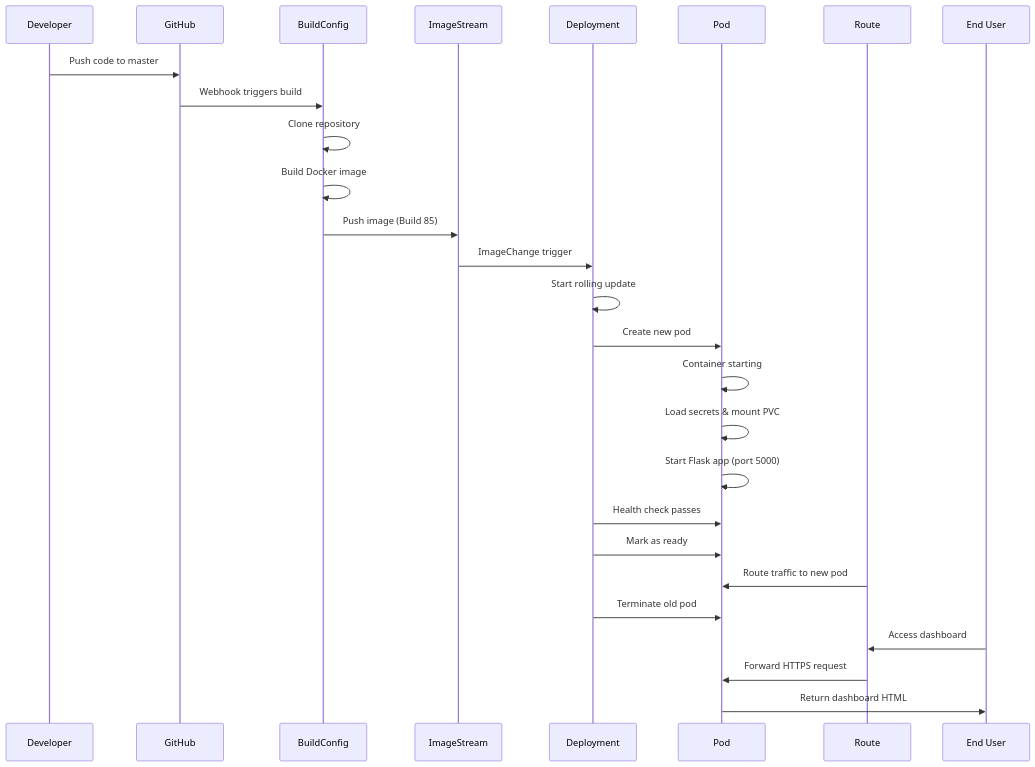
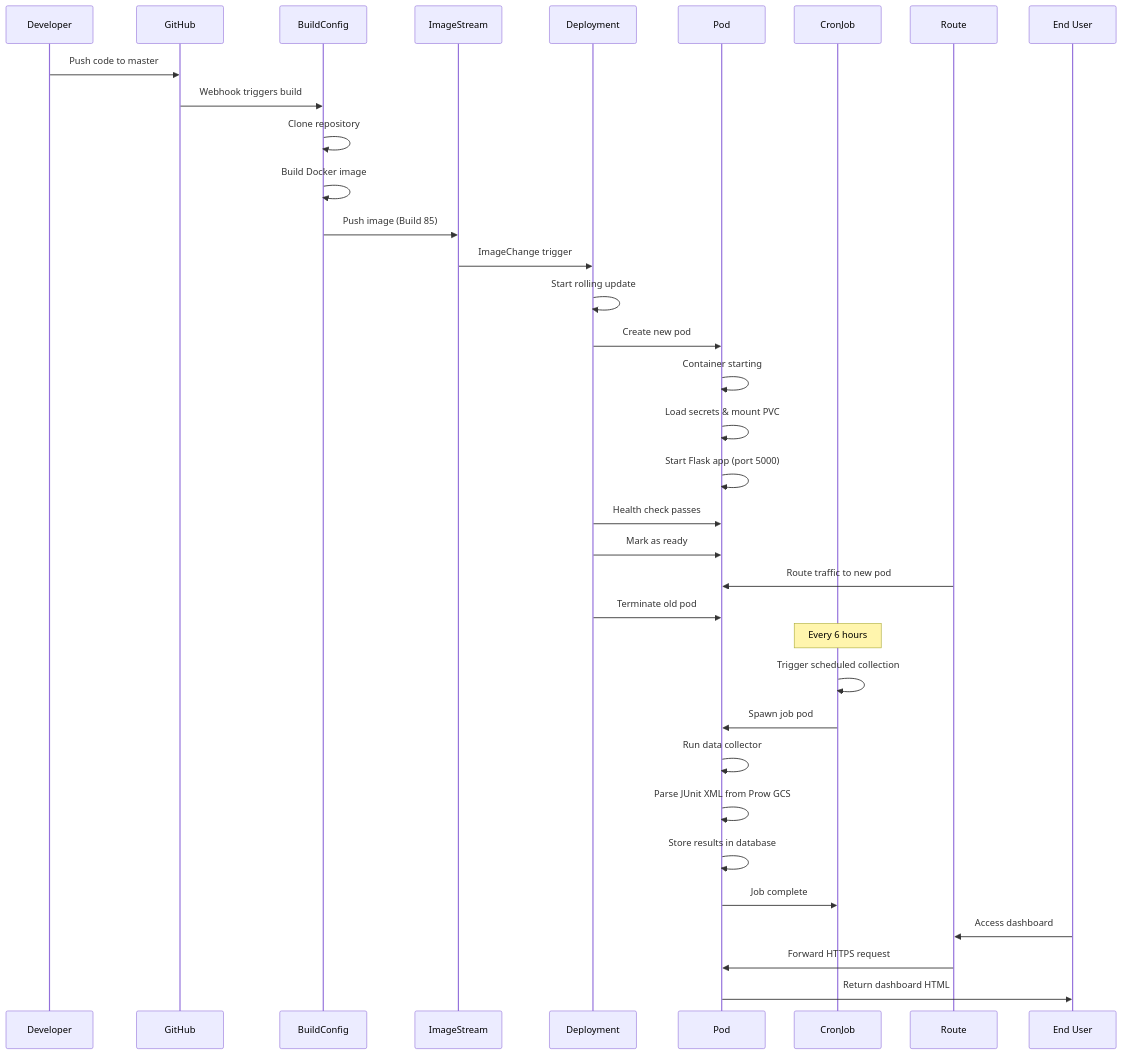
Before and after one commit to redhat-community-ai-tools/ci-dashboard-tracker: the diagram in diagrams/deployment-flow.mmd, drawn with Mermaid. The commit also changed 6 other files, not shown here.

First line of the commit message:
Simplify architecture: single dashboard deployment, remove ReportPortal, add CronJob

```diff
--- a/diagrams/deployment-flow.mmd
+++ b/diagrams/deployment-flow.mmd
@@ -1,28 +1,38 @@
 sequenceDiagram
     participant Dev as Developer
     participant GH as GitHub
     participant BC as BuildConfig
     participant IS as ImageStream
     participant Deploy as Deployment
     participant Pod as Pod
+    participant CJ as CronJob
     participant Route as Route
     participant User as End User
 
     Dev->>GH: Push code to master
     GH->>BC: Webhook triggers build
     BC->>BC: Clone repository
     BC->>BC: Build Docker image
     BC->>IS: Push image (Build 85)
     IS->>Deploy: ImageChange trigger
     Deploy->>Deploy: Start rolling update
     Deploy->>Pod: Create new pod
     Pod->>Pod: Container starting
     Pod->>Pod: Load secrets & mount PVC
     Pod->>Pod: Start Flask app (port 5000)
     Deploy->>Pod: Health check passes
     Deploy->>Pod: Mark as ready
     Route->>Pod: Route traffic to new pod
     Deploy->>Pod: Terminate old pod
+
+    Note over CJ: Every 6 hours
+    CJ->>CJ: Trigger scheduled collection
+    CJ->>Pod: Spawn job pod
+    Pod->>Pod: Run data collector
+    Pod->>Pod: Parse JUnit XML from Prow GCS
+    Pod->>Pod: Store results in database
+    Pod->>CJ: Job complete
+
     User->>Route: Access dashboard
     Route->>Pod: Forward HTTPS request
     Pod->>User: Return dashboard HTML
```
